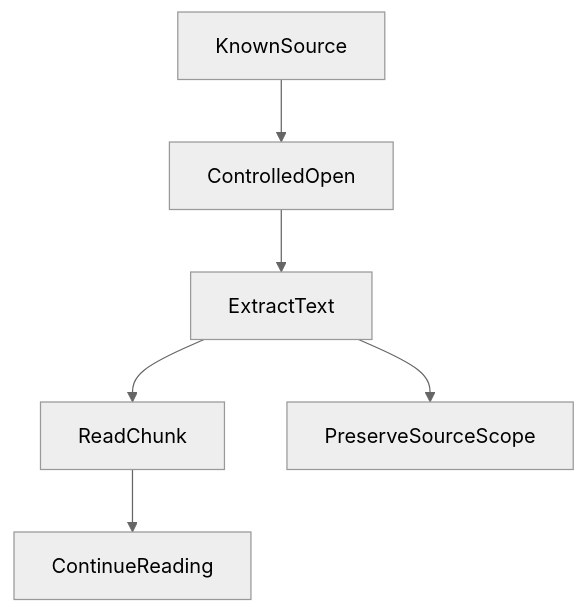
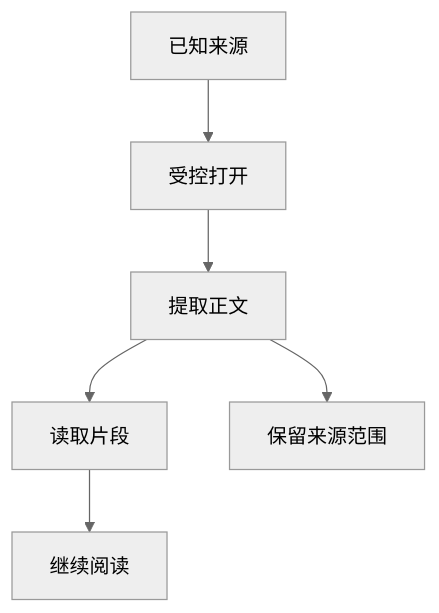
One commit to hpoenixf/eff-agent-article changed the third of 10 diagrams in articles/021-agent-web-research-from-search-to-deep-reading.md. Above: the diagram before and after it, drawn with Mermaid (neutral theme). The commit also changed other lines of this file and 52 other files, not shown here.

Commit message:
docs: localize diagrams and clarify flagship guides

````diff
--- a/articles/021-agent-web-research-from-search-to-deep-reading.md
+++ b/articles/021-agent-web-research-from-search-to-deep-reading.md
@@ -68,8 +68,8 @@
 ```mermaid
 graph TD
-KnownSource --> ControlledOpen
-ControlledOpen --> ExtractText
-ExtractText --> ReadChunk
-ReadChunk --> ContinueReading
-ExtractText --> PreserveSourceScope
+KnownSource["已知来源"] --> ControlledOpen["受控打开"]
+ControlledOpen --> ExtractText["提取正文"]
+ExtractText --> ReadChunk["读取片段"]
+ReadChunk --> ContinueReading["继续阅读"]
+ExtractText --> PreserveSourceScope["保留来源范围"]
 ```
````
